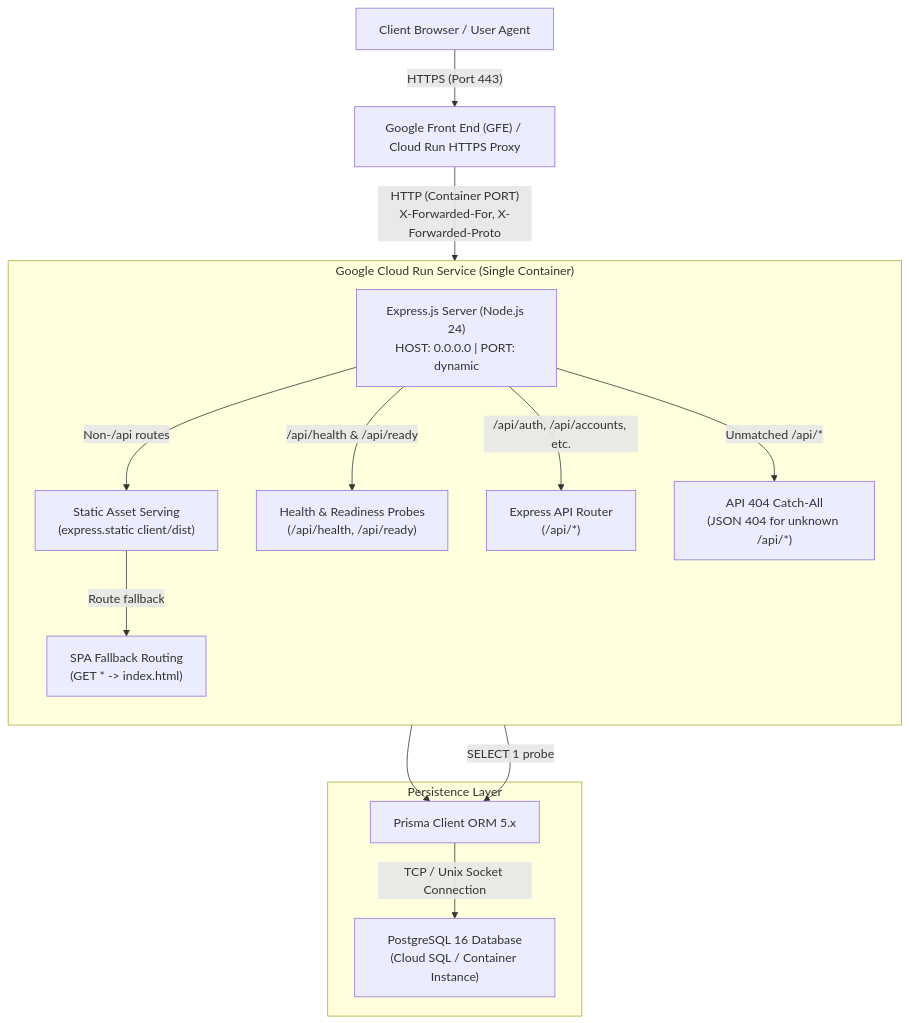
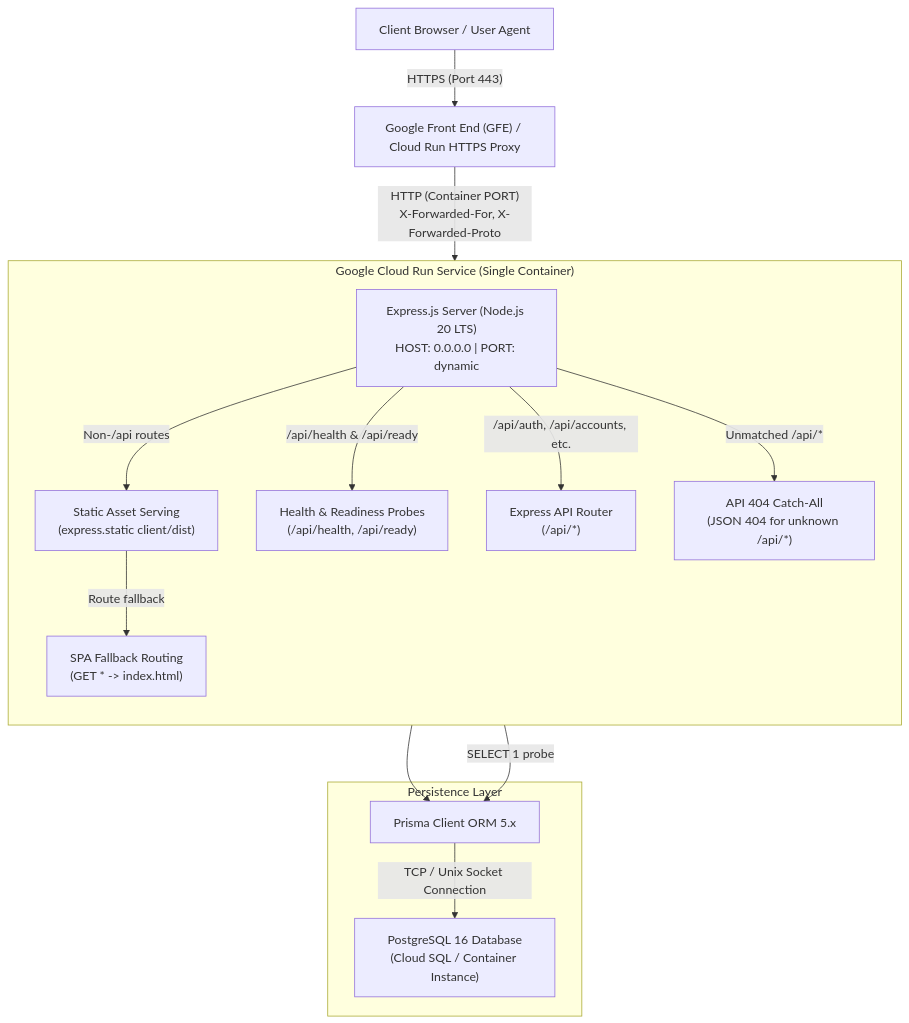
The first of 2 diagrams in docs/labs/lab-05/deployment.md (Pilaiwan3492/Whatsss-PMandELS), drawn with Mermaid before and after one commit. The commit also changed other lines of this file and 5 other files, not shown here.

Commit message:
ci(github): standardize Node 20 LTS, add Docker DB readiness probe and trap cleanup

````diff
--- a/docs/labs/lab-05/deployment.md
+++ b/docs/labs/lab-05/deployment.md
@@ -15,31 +15,31 @@
 ```mermaid
 flowchart TD
     ClientBrowser["Client Browser / User Agent"]
     GCPGFE["Google Front End (GFE) / Cloud Run HTTPS Proxy"]
     
     subgraph CloudRunService ["Google Cloud Run Service (Single Container)"]
         direction TB
-        ExpressServer["Express.js Server (Node.js 24)<br/>HOST: 0.0.0.0 | PORT: dynamic"]
+        ExpressServer["Express.js Server (Node.js 20 LTS)<br/>HOST: 0.0.0.0 | PORT: dynamic"]
         StaticServe["Static Asset Serving<br/>(express.static client/dist)"]
         SPAFallback["SPA Fallback Routing<br/>(GET * -> index.html)"]
         APIRouter["Express API Router<br/>(/api/*)"]
         API404["API 404 Catch-All<br/>(JSON 404 for unknown /api/*)"]
         HealthProbes["Health & Readiness Probes<br/>(/api/health, /api/ready)"]
     end
     
     subgraph PersistenceLayer ["Persistence Layer"]
         PrismaORM["Prisma Client ORM 5.x"]
         CloudSQL["PostgreSQL 16 Database<br/>(Cloud SQL / Container Instance)"]
     end
 
     ClientBrowser -->|"HTTPS (Port 443)"| GCPGFE
     GCPGFE -->|"HTTP (Container PORT)<br/>X-Forwarded-For, X-Forwarded-Proto"| ExpressServer
     ExpressServer -->|"Non-/api routes"| StaticServe
     StaticServe -->|"Route fallback"| SPAFallback
     ExpressServer -->|"/api/health & /api/ready"| HealthProbes
     ExpressServer -->|"/api/auth, /api/accounts, etc."| APIRouter
     ExpressServer -->|"Unmatched /api/*"| API404
     APIRouter --> PrismaORM
     HealthProbes -->|"SELECT 1 probe"| PrismaORM
     PrismaORM -->|"TCP / Unix Socket Connection"| CloudSQL
 ```
````
